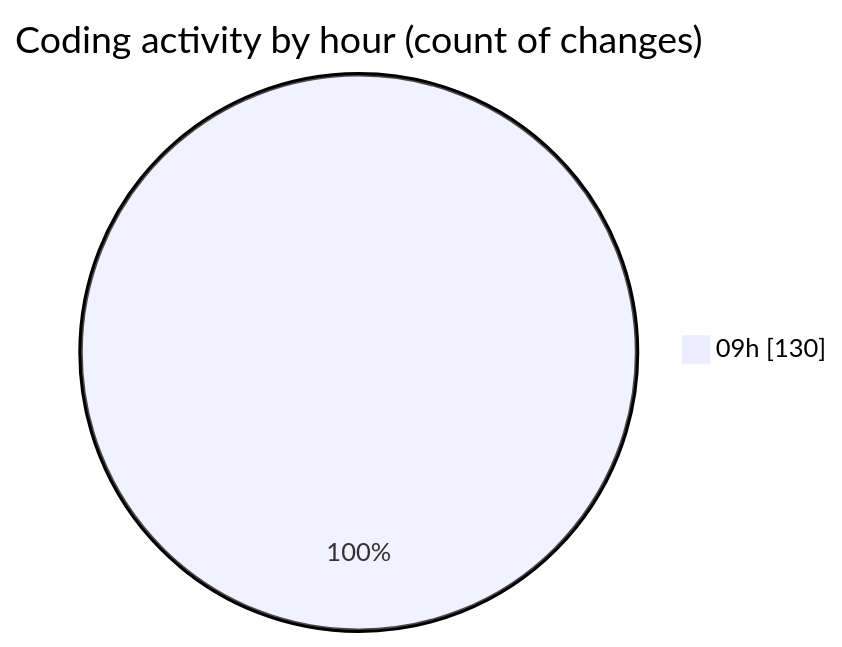
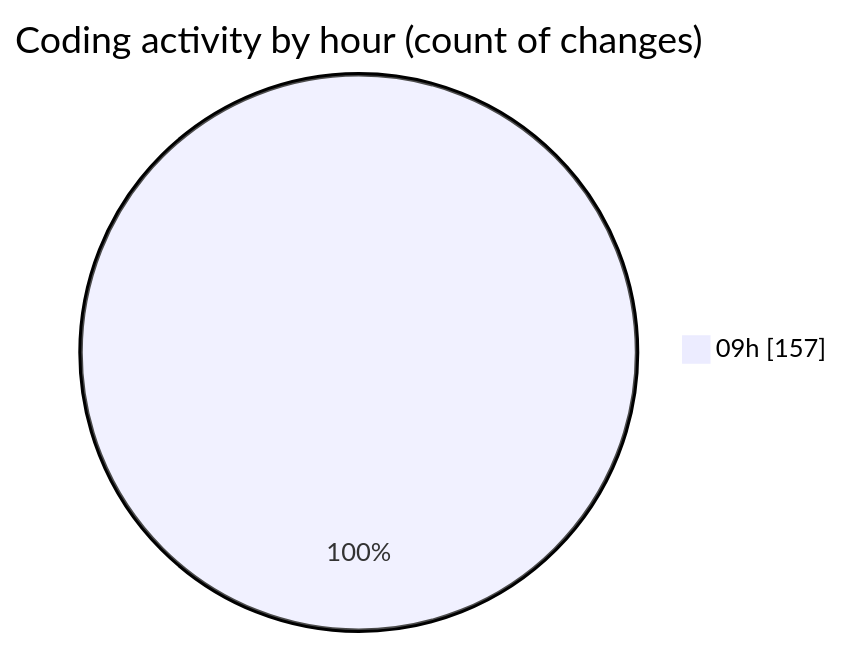
Before and after one commit to momahboobian/code-tracking: the second of 2 diagrams in 2026-11-09/cda/README.md, drawn with Mermaid. The commit also changed other lines of this file and 1 other file, not shown here.

````diff
--- a/2026-11-09/cda/README.md
+++ b/2026-11-09/cda/README.md
@@ -51,5 +53,5 @@
 ```mermaid
 pie showData
 title Coding activity by hour (count of changes)
-"09h" : 130
+"09h" : 157
 ```
````
